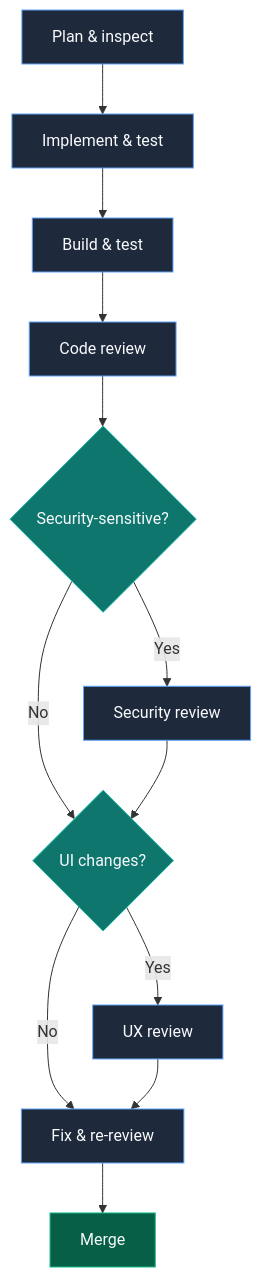
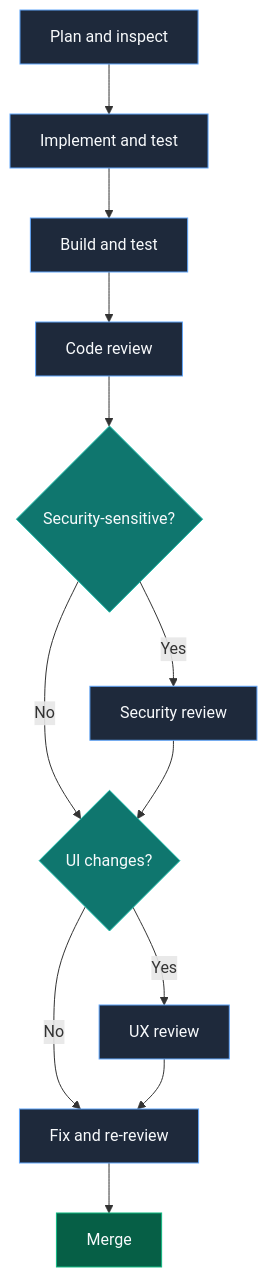
One commit to wmorgan69/light-controller-simulator changed the diagram in README.md. Above: the diagram before and after it, drawn with Mermaid.

Commit message:
Fix Mermaid diagram by removing unescaped ampersands
The & character in Mermaid labels must be escaped or removed.
Changed 'Plan & inspect' to 'Plan and inspect', etc.

````diff
--- a/README.md
+++ b/README.md
@@ -9,22 +9,22 @@
 ```mermaid
 flowchart TD
-  A["Plan & inspect"] --> B["Implement & test"]
-  B --> C["Build & test"]
+  A["Plan and inspect"] --> B["Implement and test"]
+  B --> C["Build and test"]
   C --> D["Code review"]
   D --> E{"Security-sensitive?"}
   E -->|Yes| F["Security review"]
   E -->|No| G{"UI changes?"}
   F --> G
   G -->|Yes| H["UX review"]
-  G -->|No| I["Fix & re-review"]
+  G -->|No| I["Fix and re-review"]
   H --> I
   I --> J["Merge"]
   
   classDef stage fill:#1E293B,stroke:#60A5FA,color:#F8FAFC;
   classDef decision fill:#0F766E,stroke:#14B8A6,color:#F8FAFC;
   classDef outcome fill:#065F46,stroke:#10B981,color:#F8FAFC;
   
   class A,B,C,D,F,H,I stage;
   class E,G decision;
   class J outcome;
 ```
````
